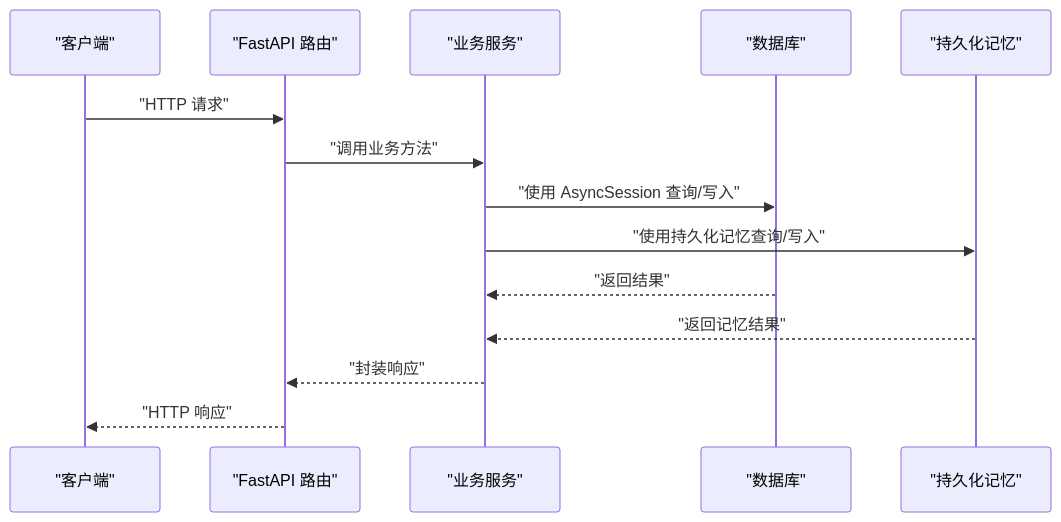
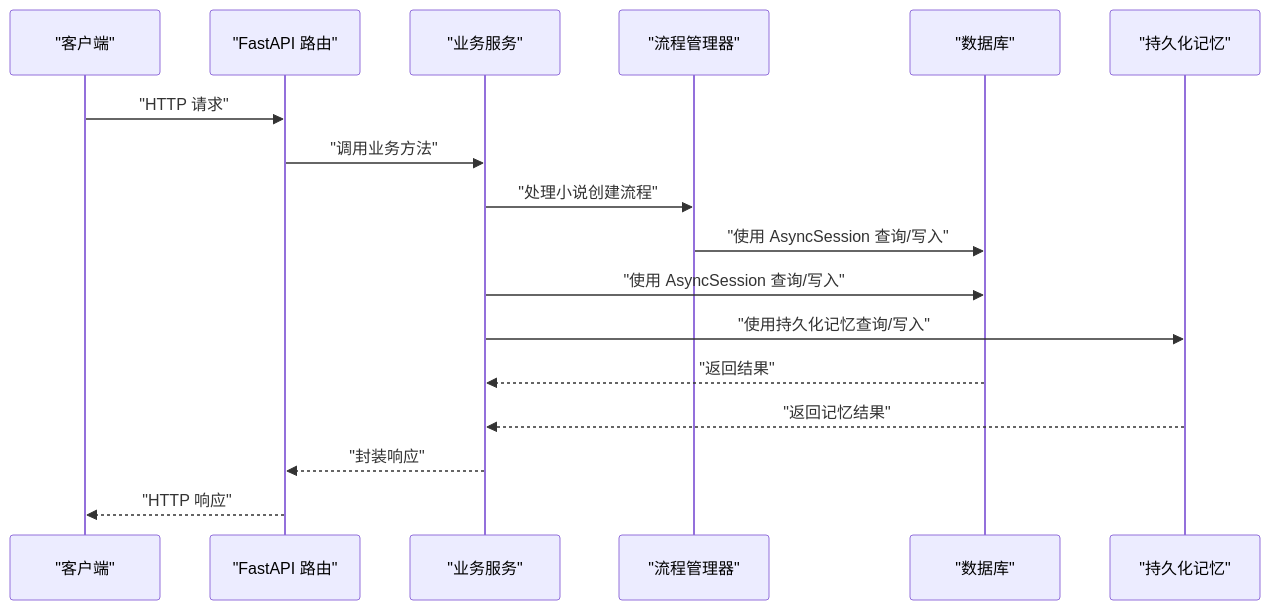
The second of 11 diagrams in .qoder/repowiki/zh/content/后端架构/数据库设计.md (xfbyxq/ai-novel-system), drawn with Mermaid before and after one commit. The commit also changed other lines of this file and 84 other files, not shown here.

````diff
--- a/.qoder/repowiki/zh/content/后端架构/数据库设计.md
+++ b/.qoder/repowiki/zh/content/后端架构/数据库设计.md
@@ -184,16 +208,19 @@
 ```mermaid
 sequenceDiagram
 participant Client as "客户端"
 participant API as "FastAPI 路由"
 participant Service as "业务服务"
+participant FlowManager as "流程管理器"
 participant DB as "数据库"
 participant MemoryDB as "持久化记忆"
 Client->>API : "HTTP 请求"
 API->>Service : "调用业务方法"
+Service->>FlowManager : "处理小说创建流程"
+FlowManager->>DB : "使用 AsyncSession 查询/写入"
 Service->>DB : "使用 AsyncSession 查询/写入"
 Service->>MemoryDB : "使用持久化记忆查询/写入"
 DB-->>Service : "返回结果"
 MemoryDB-->>Service : "返回记忆结果"
 Service-->>API : "封装响应"
 API-->>Client : "HTTP 响应"
 ```
````
